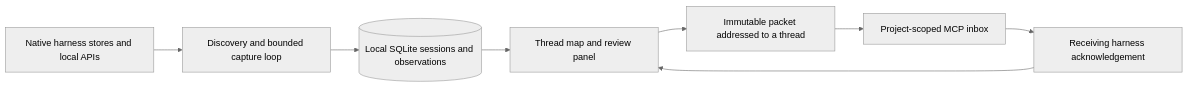
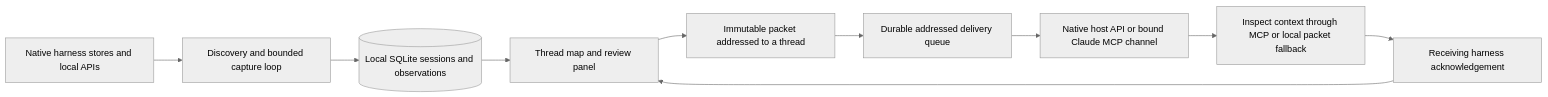
The diagram in docs/THREAD_MAP.md (mahekara28/context-relay), drawn with Mermaid (neutral theme) before and after one commit. The commit also changed other lines of this file and 6 other files, not shown here.

````diff
--- a/docs/THREAD_MAP.md
+++ b/docs/THREAD_MAP.md
@@ -50,10 +65,12 @@
 ```mermaid
 flowchart LR
   Native[Native harness stores and local APIs] --> Collector[Discovery and bounded capture loop]
   Collector --> DB[(Local SQLite sessions and observations)]
   DB --> Map[Thread map and review panel]
   Map --> Packet[Immutable packet addressed to a thread]
-  Packet --> MCP[Project-scoped MCP inbox]
+  Packet --> Outbox[Durable addressed delivery queue]
+  Outbox --> Receiver[Native host API or bound Claude MCP channel]
+  Receiver --> MCP[Inspect context through MCP or local packet fallback]
   MCP --> Receipt[Receiving harness acknowledgement]
   Receipt --> Map
 ```
````
